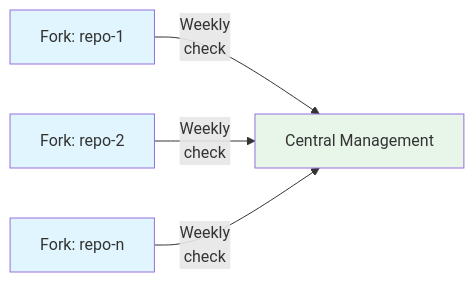
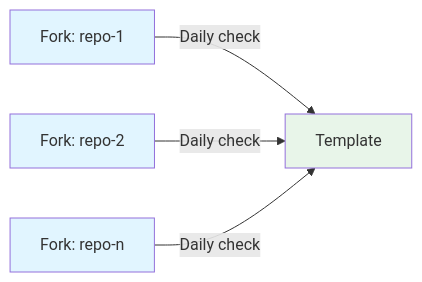
The second of 2 diagrams in doc/src/adr/learnings.md (Azure/osdu-spi), drawn with Mermaid before and after one commit. The commit also changed other lines of this file and 40 other files, not shown here.

````diff
--- a/doc/src/adr/learnings.md
+++ b/doc/src/adr/learnings.md
@@ -56,17 +42,14 @@
 ```mermaid
 graph LR
-    A[Central Management]
-
-    B[Fork: repo-1 ]
-    C[Fork: repo-2 ]
-    D[Fork: repo-n ]
-
-    B -->|Weekly <br/>check | A
-    C -->|Weekly <br/>check | A
-    D -->|Weekly <br/>check | A
-
+    A[Template]
+    B[Fork: repo-1]
+    C[Fork: repo-2]
+    D[Fork: repo-n]
+    B -->|Daily check| A
+    C -->|Daily check| A
+    D -->|Daily check| A
     style A fill:#e8f5e9
     style B fill:#e1f5ff
     style C fill:#e1f5ff
     style D fill:#e1f5ff
 ```
````
